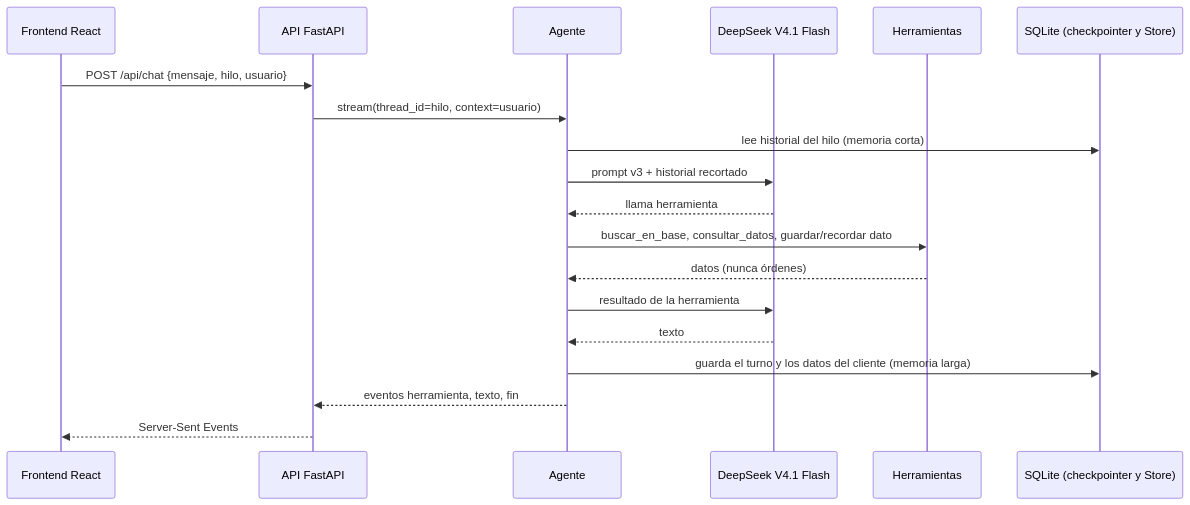
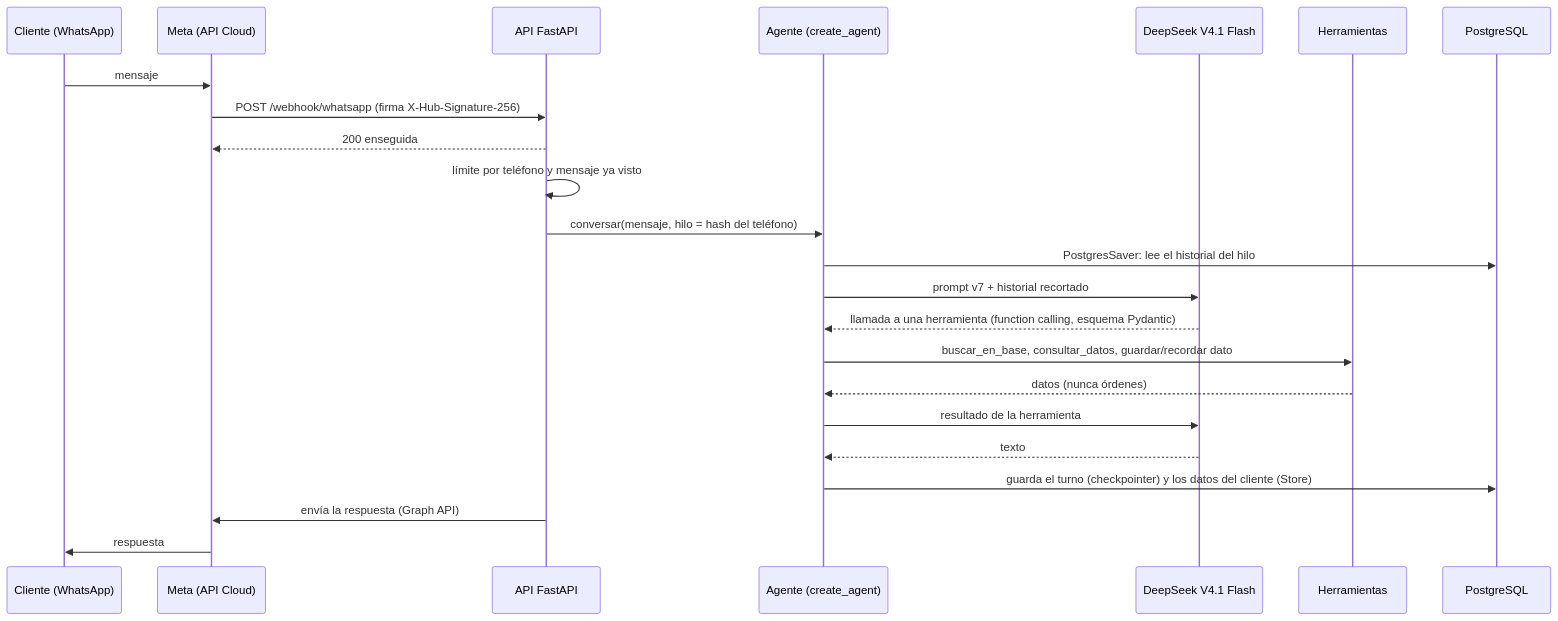
The diagram in README.md (mariastefuentes/taaml-celsia-asistente), drawn with Mermaid before and after one commit. The commit also changed other lines of this file, not shown here.

Commit message:
README: describe el Módulo 3 (WhatsApp, PostgreSQL, límite por teléfono) y corrige datos viejos
Diagrama de secuencia de punta a punta con Meta, PostgreSQL y prompt v7; pasos para poner WhatsApp a andar; estructura al día (scripts 01 a 36, notebooks, prompt v7).

````diff
--- a/README.md
+++ b/README.md
@@ -53,21 +54,25 @@
 ```mermaid
 sequenceDiagram
-    participant C as Frontend React
+    participant W as Cliente (WhatsApp)
+    participant Me as Meta (API Cloud)
     participant A as API FastAPI
-    participant G as Agente
+    participant G as Agente (create_agent)
     participant M as DeepSeek V4.1 Flash
     participant T as Herramientas
-    participant S as SQLite (checkpointer y Store)
-    C->>A: POST /api/chat {mensaje, hilo, usuario}
-    A->>G: stream(thread_id=hilo, context=usuario)
-    G->>S: lee historial del hilo (memoria corta)
-    G->>M: prompt v3 + historial recortado
-    M-->>G: llama herramienta
+    participant P as PostgreSQL
+    W->>Me: mensaje
+    Me->>A: POST /webhook/whatsapp (firma X-Hub-Signature-256)
+    A-->>Me: 200 enseguida
+    A->>A: límite por teléfono y mensaje ya visto
+    A->>G: conversar(mensaje, hilo = hash del teléfono)
+    G->>P: PostgresSaver: lee el historial del hilo
+    G->>M: prompt v7 + historial recortado
+    M-->>G: llamada a una herramienta (function calling, esquema Pydantic)
     G->>T: buscar_en_base, consultar_datos, guardar/recordar dato
     T-->>G: datos (nunca órdenes)
     G->>M: resultado de la herramienta
     M-->>G: texto
-    G->>S: guarda el turno y los datos del cliente (memoria larga)
-    G-->>A: eventos herramienta, texto, fin
-    A-->>C: Server-Sent Events
+    G->>P: guarda el turno (checkpointer) y los datos del cliente (Store)
+    A->>Me: envía la respuesta (Graph API)
+    Me->>W: respuesta
 ```
````
